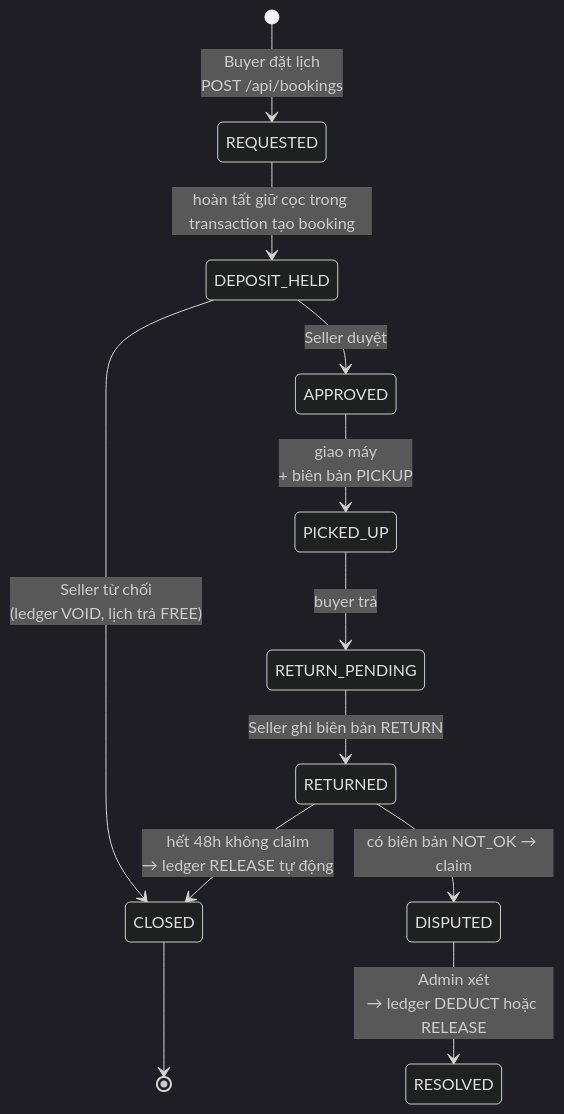
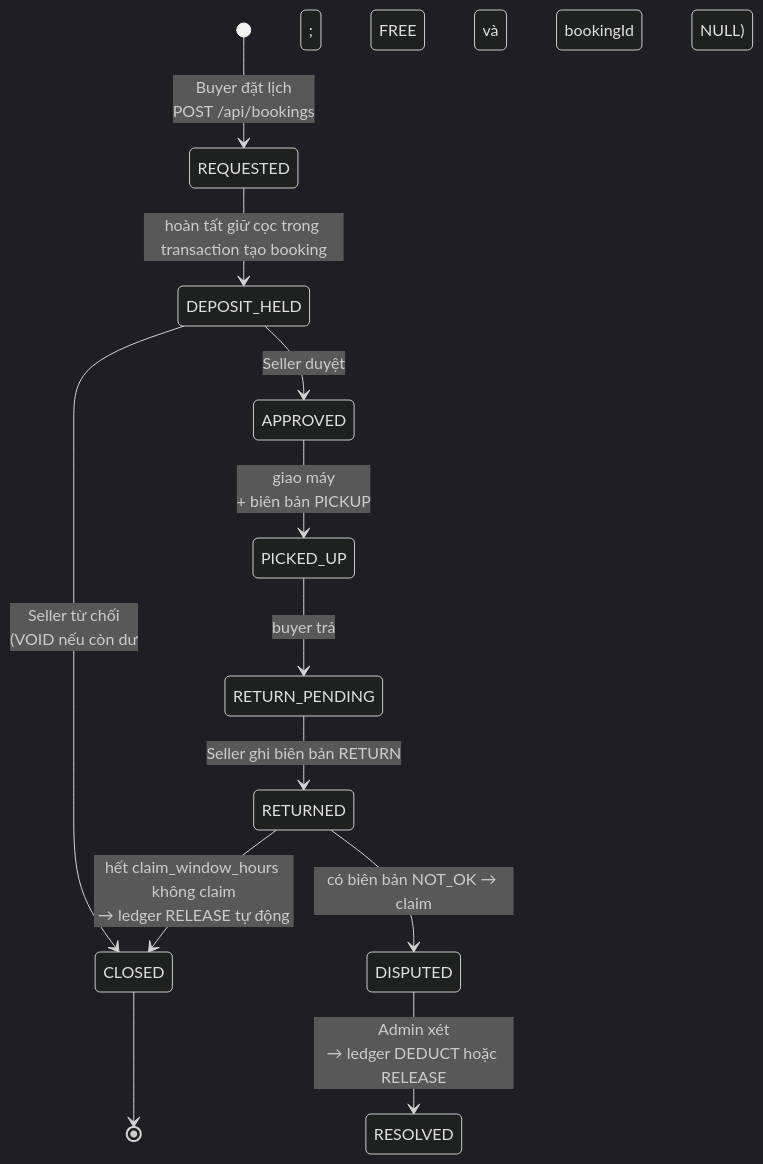
One commit to BTL-IT3180/gearloop changed the second of 3 diagrams in doc/data-model.md. Above: the diagram before and after it, drawn with Mermaid (dark theme). The commit also changed other lines of this file, not shown here.

Commit message:
docs(db): fix Mermaid syntax and align data model with schema

````diff
--- a/doc/data-model.md
+++ b/doc/data-model.md
@@ -256,14 +322,14 @@
 ```mermaid
 stateDiagram-v2
     [*] --> REQUESTED : Buyer đặt lịch<br/>POST /api/bookings
     REQUESTED --> DEPOSIT_HELD : hoàn tất giữ cọc trong transaction tạo booking
     DEPOSIT_HELD --> APPROVED : Seller duyệt
-    DEPOSIT_HELD --> CLOSED : Seller từ chối<br/>(ledger VOID, lịch trả FREE)
+    DEPOSIT_HELD --> CLOSED : Seller từ chối<br/>(VOID nếu còn dư; FREE và bookingId NULL)
     APPROVED --> PICKED_UP : giao máy<br/>+ biên bản PICKUP
     PICKED_UP --> RETURN_PENDING : buyer trả
     RETURN_PENDING --> RETURNED : Seller ghi biên bản RETURN
-    RETURNED --> CLOSED : hết 48h không claim<br/>→ ledger RELEASE tự động
+    RETURNED --> CLOSED : hết claim_window_hours không claim<br/>→ ledger RELEASE tự động
     RETURNED --> DISPUTED : có biên bản NOT_OK → claim
     DISPUTED --> RESOLVED : Admin xét<br/>→ ledger DEDUCT hoặc RELEASE
     CLOSED --> [*]
 ```
````
